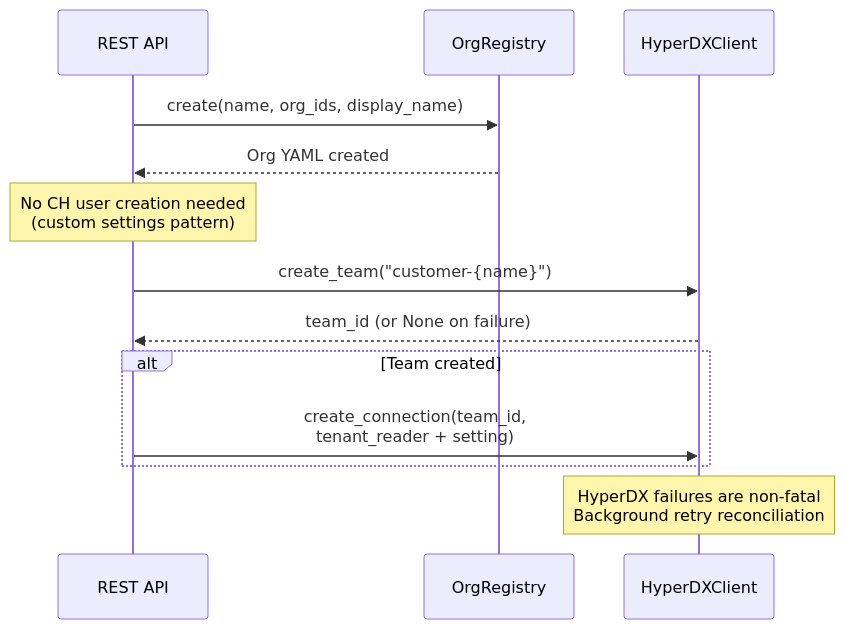
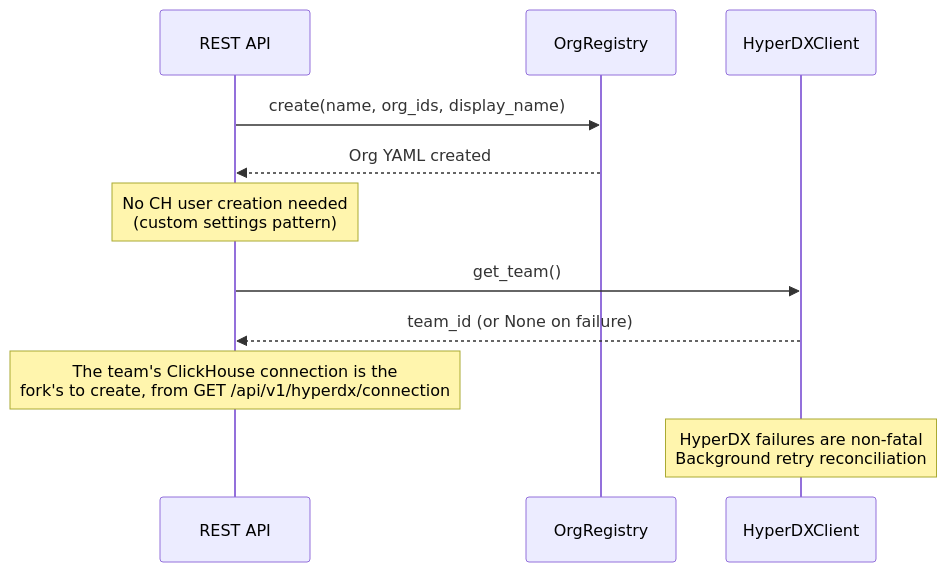
One commit to hyperi-io/dfe-engine changed the ninth of 11 diagrams in docs/control-plane/rbac.md. Above: the diagram before and after it, drawn with Mermaid. The commit also changed other lines of this file and 6 other files, not shown here.

First line of the commit message:
fix: stop writing a hyperdx connection so the fork can seed the per-org one

````diff
--- a/docs/control-plane/rbac.md
+++ b/docs/control-plane/rbac.md
@@ -734,20 +734,18 @@
 ```mermaid
 sequenceDiagram
     participant API as REST API
     participant OR as OrgRegistry
     participant HDX as HyperDXClient
 
     API->>OR: create(name, org_ids, display_name)
     OR-->>API: Org YAML created
 
     Note over API: No CH user creation needed<br/>(custom settings pattern)
 
-    API->>HDX: create_team("customer-{name}")
+    API->>HDX: get_team()
     HDX-->>API: team_id (or None on failure)
 
-    alt Team created
-        API->>HDX: create_connection(team_id,<br/>tenant_reader + setting)
-    end
+    Note over API: The team's ClickHouse connection is the<br/>fork's to create, from GET /api/v1/hyperdx/connection
 
     Note over HDX: HyperDX failures are non-fatal<br/>Background retry reconciliation
 ```
````
